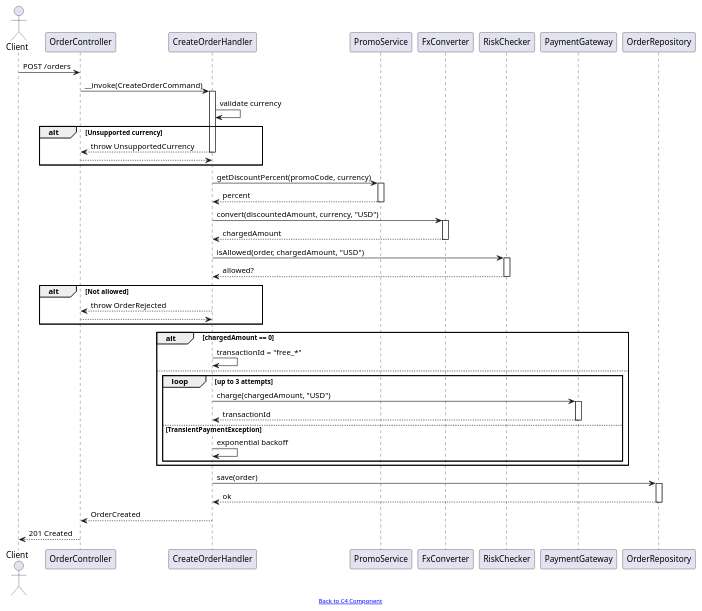
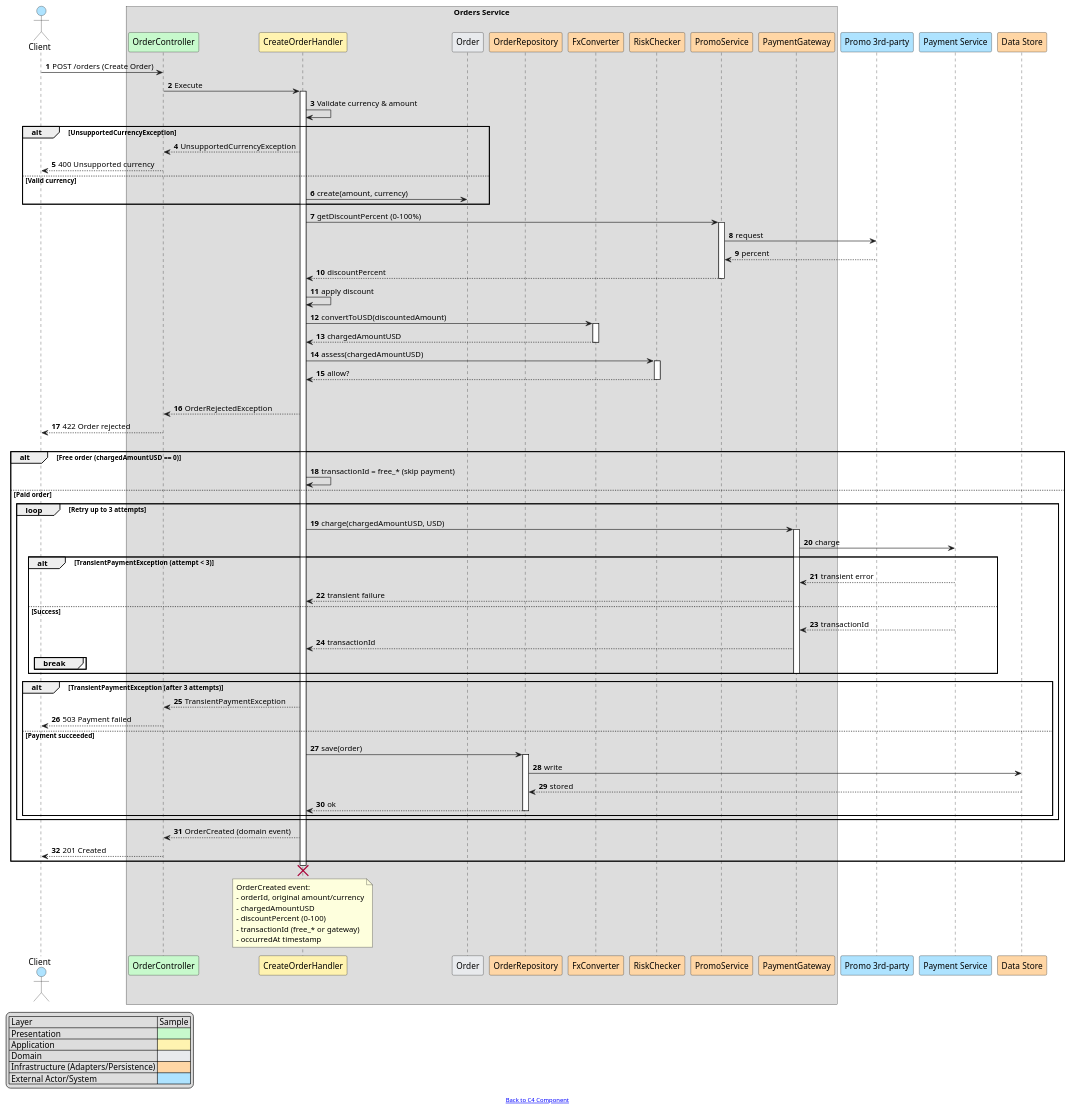
One commit to mundiir/meetup-2025-orders-service changed the diagram in docs/sequence-create-order.puml. Above: the diagram before and after it, drawn with PlantUML. The commit also changed 11 other files, not shown here.

Commit message:
Add get order use case (#6)

```diff
--- a/docs/sequence-create-order.puml
+++ b/docs/sequence-create-order.puml
@@ -1,69 +1,110 @@
 @startuml
-' CreateOrder Use Case — Application Layer with activations
+' Create Order — Sequence (real code names; ports + two-hop; colored legend)
+autonumber
 
-actor Client
-participant "OrderController" as Controller
-participant "CreateOrderHandler" as Handler
-participant PromoService as Promo
-participant FxConverter as Fx
-participant RiskChecker as Risk
-participant PaymentGateway as Payment
-participant OrderRepository as Repo
+actor Client #AEE3FF
 
-Client -> Controller: POST /orders
-Controller -> Handler: __invoke(CreateOrderCommand)
-activate Handler
+box "Orders Service" #DDDDDD
+  participant OrderController #C7F9CC
+  participant CreateOrderHandler #FFF3B0
+  participant Order #E8EAED
+  participant OrderRepository #FFD6A5
+  participant FxConverter #FFD6A5
+  participant RiskChecker #FFD6A5
+  participant PromoService #FFD6A5
+  participant PaymentGateway #FFD6A5
+end box
 
-Handler -> Handler: validate currency
-alt Unsupported currency
-  Handler --> Controller: throw UnsupportedCurrency
-  deactivate Handler
-  return
+participant "Promo 3rd‑party" as PromoAPI #AEE3FF
+participant "Payment Service" as PaymentAPI #AEE3FF
+participant "Data Store" as DataStore #FFD6A5
+
+Client -> OrderController: POST /orders (Create Order)
+OrderController -> CreateOrderHandler: Execute
+activate CreateOrderHandler
+
+CreateOrderHandler -> CreateOrderHandler: Validate currency & amount
+alt UnsupportedCurrencyException
+  CreateOrderHandler --> OrderController: UnsupportedCurrencyException
+  OrderController --> Client: 400 Unsupported currency
+else Valid currency
+  CreateOrderHandler -> Order: create(amount, currency)
 end
 
-Handler -> Promo: getDiscountPercent(promoCode, currency)
-activate Promo
-Promo --> Handler: percent
-deactivate Promo
+CreateOrderHandler -> PromoService: getDiscountPercent (0–100%)
+activate PromoService
+PromoService -> PromoAPI: request
+PromoAPI --> PromoService: percent
+PromoService --> CreateOrderHandler: discountPercent
+deactivate PromoService
+CreateOrderHandler -> CreateOrderHandler: apply discount
 
-Handler -> Fx: convert(discountedAmount, currency, "USD")
-activate Fx
-Fx --> Handler: chargedAmount
-deactivate Fx
+CreateOrderHandler -> FxConverter: convertToUSD(discountedAmount)
+activate FxConverter
+FxConverter --> CreateOrderHandler: chargedAmountUSD
+deactivate FxConverter
 
-Handler -> Risk: isAllowed(order, chargedAmount, "USD")
-activate Risk
-Risk --> Handler: allowed?
-deactivate Risk
+CreateOrderHandler -> RiskChecker: assess(chargedAmountUSD)
+activate RiskChecker
+RiskChecker --> CreateOrderHandler: allow?
+deactivate RiskChecker
 
-alt Not allowed
-  Handler --> Controller: throw OrderRejected
-  deactivate Handler
-  return
+alt OrderRejectedException
+  CreateOrderHandler --> OrderController: OrderRejectedException
+  OrderController --> Client: 422 Order rejected
+else Accepted
+  alt Free order (chargedAmountUSD == 0)
+    CreateOrderHandler -> CreateOrderHandler: transactionId = free_* (skip payment)
+  else Paid order
+    loop Retry up to 3 attempts
+      CreateOrderHandler -> PaymentGateway: charge(chargedAmountUSD, USD)
+      activate PaymentGateway
+      PaymentGateway -> PaymentAPI: charge
+      alt TransientPaymentException (attempt < 3)
+        PaymentAPI --> PaymentGateway: transient error
+        PaymentGateway --> CreateOrderHandler: transient failure
+      else Success
+        PaymentAPI --> PaymentGateway: transactionId
+        PaymentGateway --> CreateOrderHandler: transactionId
+        break
+      end
+      deactivate PaymentGateway
+    end
+    alt TransientPaymentException (after 3 attempts)
+      CreateOrderHandler --> OrderController: TransientPaymentException
+      OrderController --> Client: 503 Payment failed
+    else Payment succeeded
+      CreateOrderHandler -> OrderRepository: save(order)
+      activate OrderRepository
+      OrderRepository -> DataStore: write
+      DataStore --> OrderRepository: stored
+      OrderRepository --> CreateOrderHandler: ok
+      deactivate OrderRepository
+    end
+  end
+  CreateOrderHandler --> OrderController: OrderCreated (domain event)
+  OrderController --> Client: 201 Created
 end
 
-alt chargedAmount == 0
-  Handler -> Handler: transactionId = "free_*"
-else
-  loop up to 3 attempts
-    Handler -> Payment: charge(chargedAmount, "USD")
-    activate Payment
-    Payment --> Handler: transactionId
-    deactivate Payment
-  else TransientPaymentException
-    Handler -> Handler: exponential backoff
-  end
-end
+destroy CreateOrderHandler
 
-Handler -> Repo: save(order)
-activate Repo
-Repo --> Handler: ok
-deactivate Repo
+note over CreateOrderHandler
+OrderCreated event:
+- orderId, original amount/currency
+- chargedAmountUSD
+- discountPercent (0–100)
+- transactionId (free_* or gateway)
+- occurredAt timestamp
+end note
 
-Handler --> Controller: OrderCreated
-deactivate Handler
-Controller --> Client: 201 Created
+legend left
+  | Layer | Sample |
+  | Presentation | <#C7F9CC> |
+  | Application | <#FFF3B0> |
+  | Domain | <#E8EAED> |
+  | Infrastructure (Adapters/Persistence) | <#FFD6A5> |
+  | External Actor/System | <#AEE3FF> |
+endlegend
 
 footer [[https://mundiir.github.io/meetup-2025-orders-service/c4-component.svg Back to C4 Component]]
-
 @enduml
```
